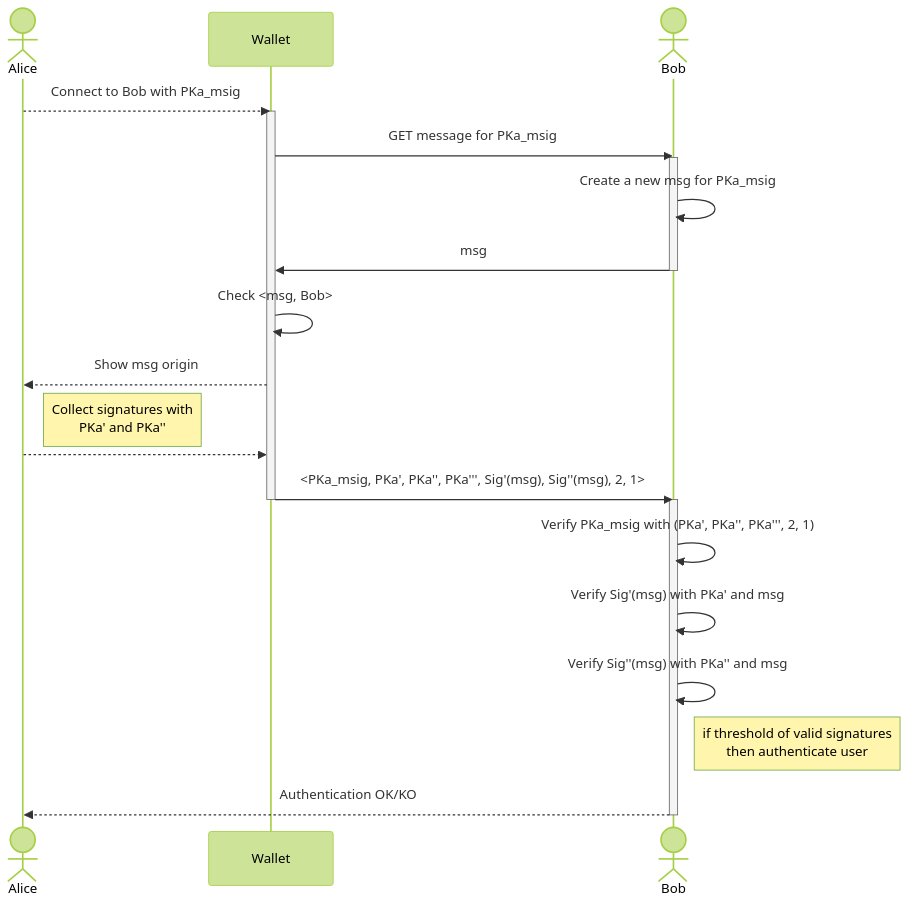
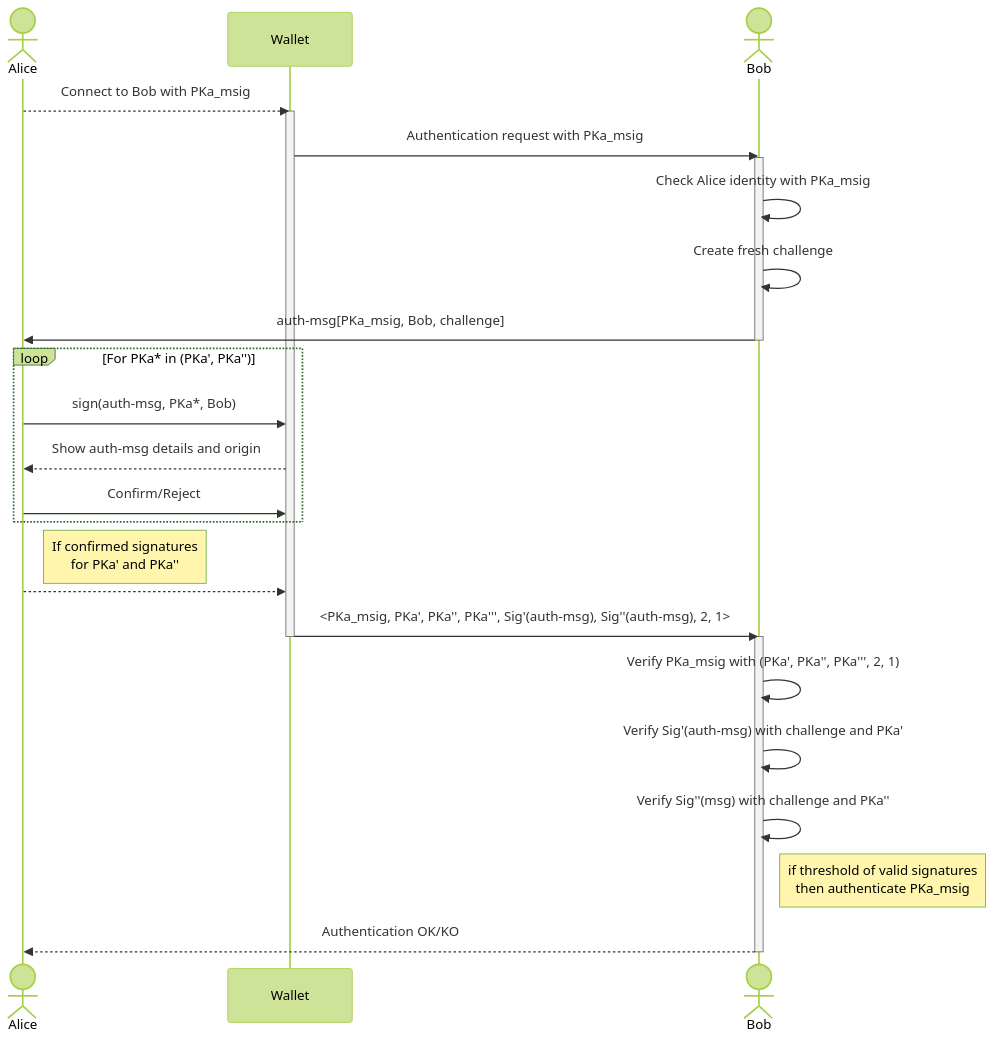
One commit to algorandfoundation/ARCs changed the third of 3 diagrams in ARCs/arc-0031.md. Above: the diagram before and after it, drawn with Mermaid (forest theme). The commit also changed other lines of this file, not shown here.

````diff
--- a/ARCs/arc-0031.md
+++ b/ARCs/arc-0031.md
@@ -251,26 +256,30 @@
 ```mermaid
 sequenceDiagram
     actor A as Alice
     participant W as Wallet
     actor B as Bob
     A-->>W: Connect to Bob with PKa_msig
     activate W
-    W->>B: GET message for PKa_msig
+    W->>B: Authentication request with PKa_msig
     activate B
-    B->>B: Create a new msg for PKa_msig
-    B->>W: msg
+    B->>B: Check Alice identity with PKa_msig
+    B->>B: Create fresh challenge
+    B->>A: auth-msg[PKa_msig, Bob, challenge]
     deactivate B
-    W->>W: Check <msg, Bob>
-    W-->>A: Show msg origin
-    Note right of A: Collect signatures with <br/>PKa' and PKa''
+    loop For PKa* in (PKa', PKa'')
+        A->>W: sign(auth-msg, PKa*, Bob)
+        W-->>A: Show auth-msg details and origin
+        A->>W: Confirm/Reject
+    end
+    Note right of A: If confirmed signatures<br/> for PKa' and PKa''
     A-->>W: 
-    W->>B: <PKa_msig, PKa', PKa'', PKa''', Sig'(msg), Sig''(msg), 2, 1>
+    W->>B: <PKa_msig, PKa', PKa'', PKa''', Sig'(auth-msg), Sig''(auth-msg), 2, 1>
     deactivate W
     activate B
     B->>B: Verify PKa_msig with (PKa', PKa'', PKa''', 2, 1)
-    B->>B: Verify Sig'(msg) with PKa' and msg
-    B->>B: Verify Sig''(msg) with PKa'' and msg
-    Note right of B: if threshold of valid signatures<br/>then authenticate user
+    B->>B: Verify Sig'(auth-msg) with challenge and PKa'
+    B->>B: Verify Sig''(msg) with challenge and PKa''
+    Note right of B: if threshold of valid signatures<br/>then authenticate PKa_msig
     B-->>A: Authentication OK/KO
     deactivate B
 ```
````
